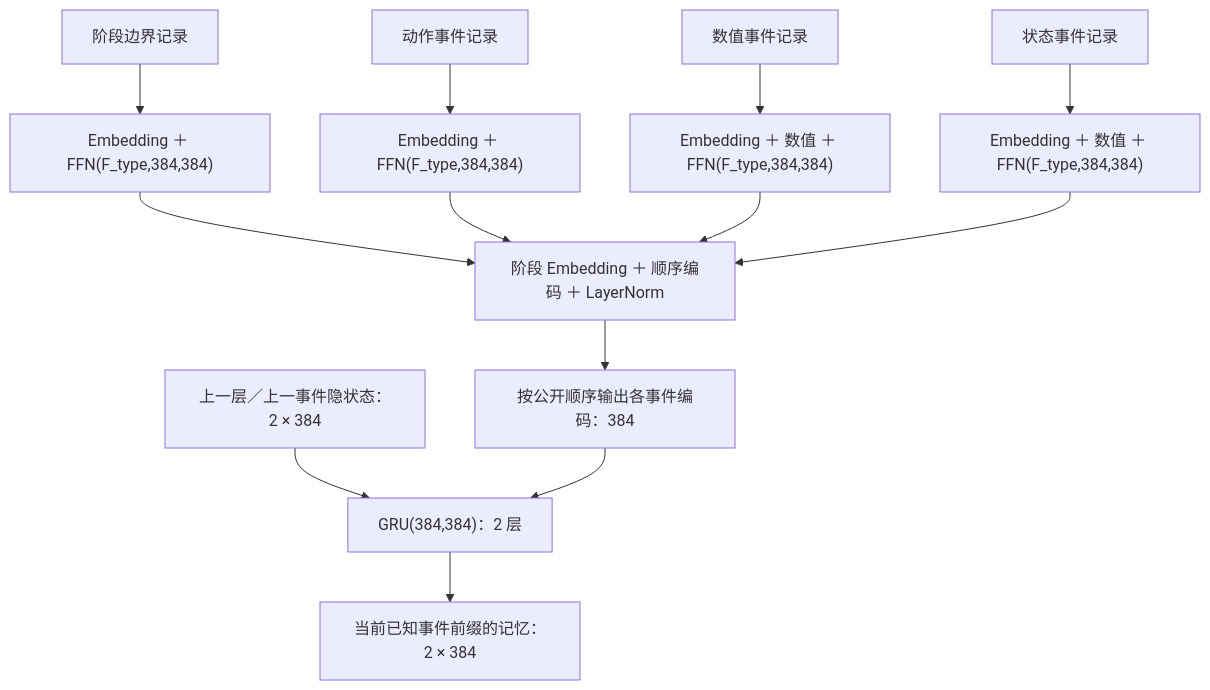
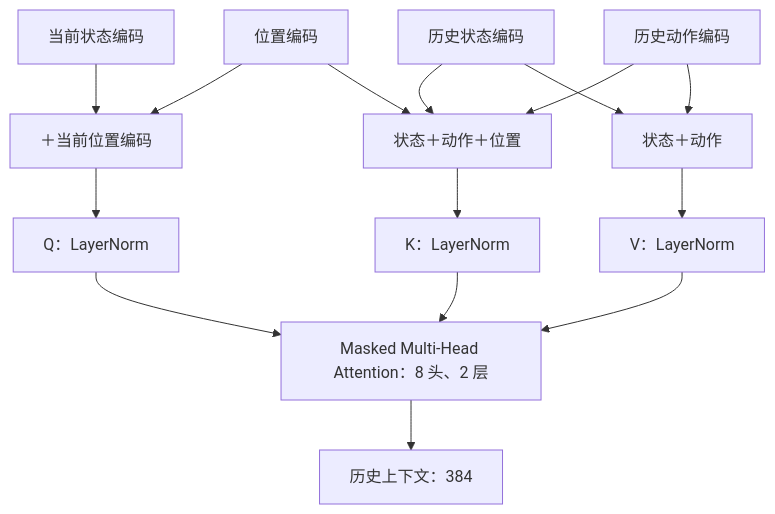
The third of 6 diagrams in MODEL_DESIGN.md (GroundbreakerLhy/Alpha-Roco), drawn with Mermaid before and after one commit. The commit also changed other lines of this file and 9 other files, not shown here.

Commit message:
四代模型：用全局 attention 替换 GRU

````diff
--- a/MODEL_DESIGN.md
+++ b/MODEL_DESIGN.md
@@ -96,15 +103,17 @@
 ```mermaid
 flowchart TB
-    P["阶段边界记录"] --> PM["Embedding ＋ FFN(F_type,384,384)"]
-    A["动作事件记录"] --> AM["Embedding ＋ FFN(F_type,384,384)"]
-    D["数值事件记录"] --> DM["Embedding ＋ 数值 ＋ FFN(F_type,384,384)"]
-    C["状态事件记录"] --> CM["Embedding ＋ 数值 ＋ FFN(F_type,384,384)"]
-    PM --> V["阶段 Embedding ＋ 顺序编码 ＋ LayerNorm"]
-    AM --> V
-    DM --> V
-    CM --> V
-    V --> T["按公开顺序输出各事件编码：384"]
-    H["上一层／上一事件隐状态：2 × 384"] --> R["GRU(384,384)：2 层"]
-    T --> R
-    R --> N["当前已知事件前缀的记忆：2 × 384"]
+    S["当前状态编码"] --> QP["＋当前位置编码"]
+    P["位置编码"] --> QP
+    QP --> Q["Q：LayerNorm"]
+    HS["历史状态编码"] --> HK["状态＋动作＋位置"]
+    HA["历史动作编码"] --> HK
+    P --> HK
+    HK --> K["K：LayerNorm"]
+    HS --> HV["状态＋动作"]
+    HA --> HV
+    HV --> V["V：LayerNorm"]
+    Q --> M["Masked Multi-Head Attention：8 头、2 层"]
+    K --> M
+    V --> M
+    M --> O["历史上下文：384"]
 ```
````
